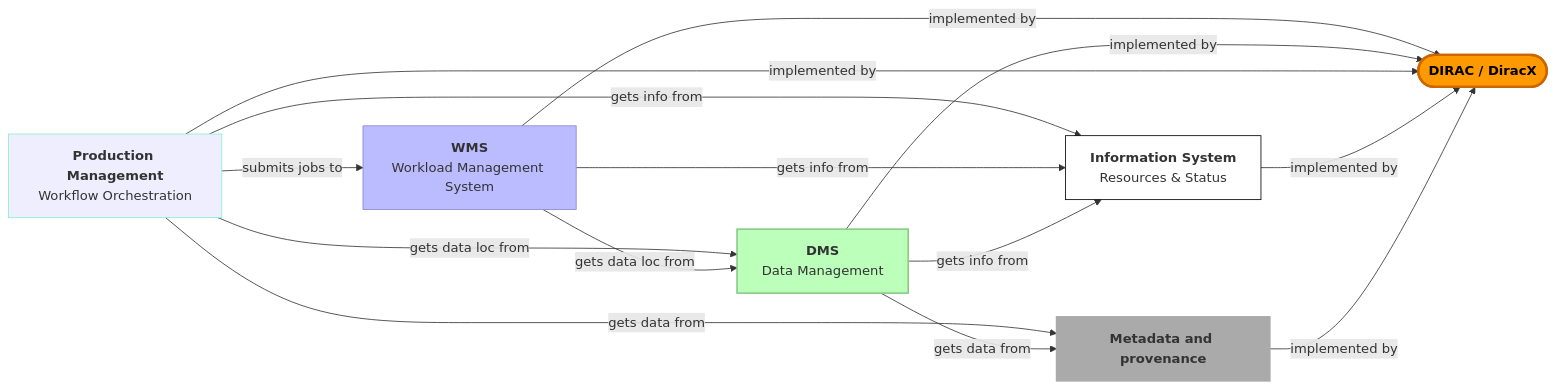
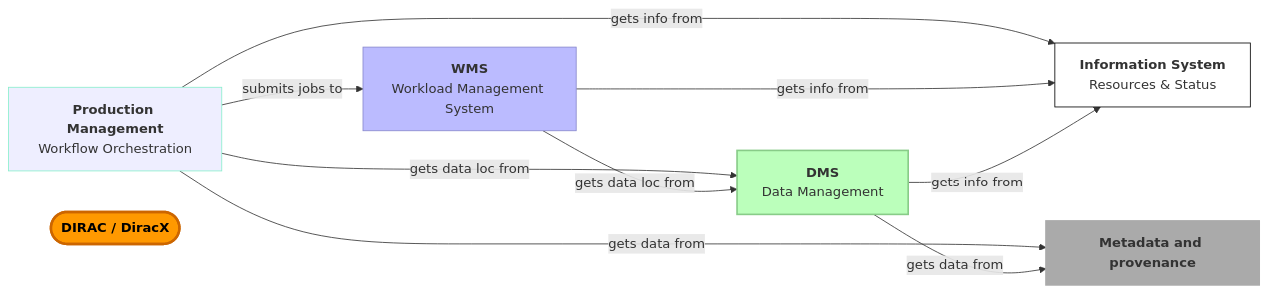
The second of 6 diagrams in slides.md (fstagni/2026_DiracXaaS_SME), drawn with Mermaid before and after one commit. The commit also changed other lines of this file and 2 other files, not shown here.

````diff
--- a/slides.md
+++ b/slides.md
@@ -120,37 +126,30 @@
 ```mermaid
 %%{init: { 'theme': 'default' }}%%
 flowchart LR
     WMS["`**WMS**
     Workload Management System`"]
     DMS["`**DMS**
     Data Management`"]
     MD["`**Metadata and provenance**`"]
     PROD["`**Production Management**
     Workflow Orchestration`"]
     IS["`**Information System**
     Resources & Status`"]
+    DIRAC(["`**DIRAC / DiracX**`"])
 
     style WMS fill:#bbf,stroke:#88c
     style DMS fill:#bfb,stroke:#8c8,stroke-width:2px
     style MD fill:#aaa,stroke:#aaa,stroke-width:2px
     style PROD fill:#eef,stroke:#8ec
     style IS fill:#fff,stroke:#000
+    style DIRAC fill:#f90,color:#000,stroke:#c60,stroke-width:3px
 
     PROD -->|submits jobs to| WMS
     PROD -->|gets data from| MD
     PROD -->|gets info from| IS
     WMS -->|gets info from| IS
     DMS -->|gets info from| IS
     PROD -->|gets data loc from| DMS
     WMS -->|gets data loc from| DMS
     DMS -->|gets data from| MD
-
-    DIRAC(["`**DIRAC / DiracX**`"])
-    style DIRAC fill:#f90,color:#000,stroke:#c60,stroke-width:3px
-
-    WMS -->|implemented by| DIRAC
-    DMS -->|implemented by| DIRAC
-    PROD -->|implemented by| DIRAC
-    IS -->|implemented by| DIRAC
-    MD -->|implemented by| DIRAC
 ```
````
